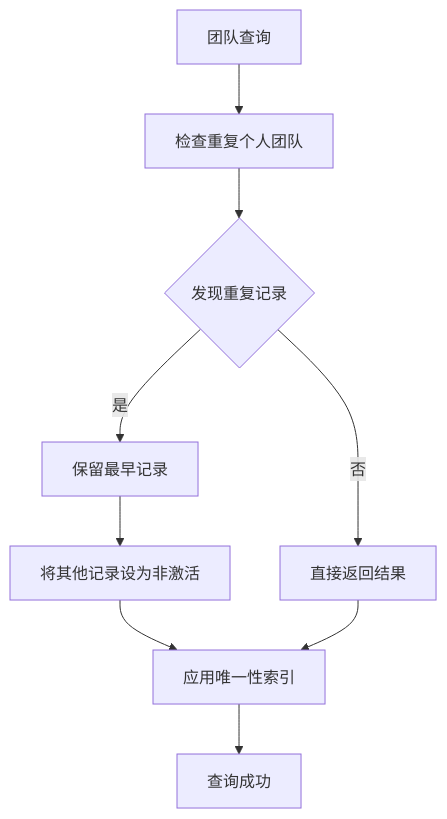
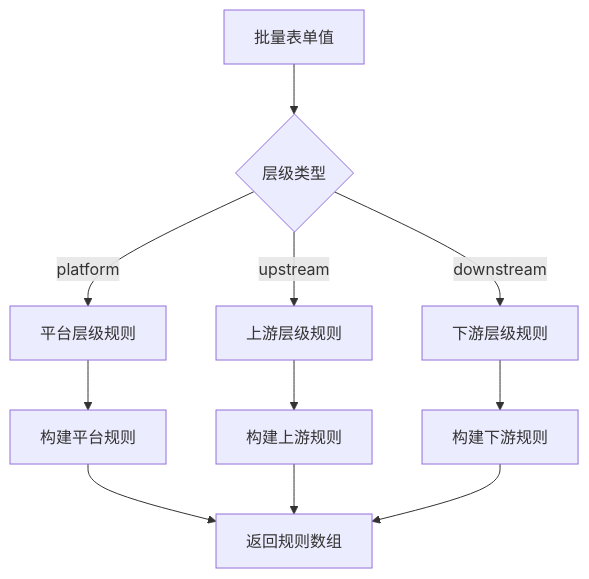
Before and after one commit to tianyehedashu/ai-agent: diagram 18 of 20 in .qoder/repowiki/zh/content/网关服务架构/网关服务架构.md, drawn with Mermaid. The commit also changed other lines of this file and 50 other files, not shown here.

````diff
--- a/.qoder/repowiki/zh/content/网关服务架构/网关服务架构.md
+++ b/.qoder/repowiki/zh/content/网关服务架构/网关服务架构.md
@@ -735,11 +762,13 @@
 ```mermaid
 flowchart TD
-A["团队查询"] --> B["检查重复个人团队"]
-B --> C{"发现重复记录"}
-C --> |是| D["保留最早记录"]
-D --> E["将其他记录设为非激活"]
-C --> |否| F["直接返回结果"]
-E --> G["应用唯一性索引"]
-F --> G
-G --> H["查询成功"]
+A["批量表单值"] --> B{"层级类型"}
+B --> |platform| C["平台层级规则"]
+B --> |upstream| D["上游层级规则"]
+B --> |downstream| E["下游层级规则"]
+C --> F["构建平台规则"]
+D --> G["构建上游规则"]
+E --> H["构建下游规则"]
+F --> I["返回规则数组"]
+G --> I
+H --> I
 ```
````
